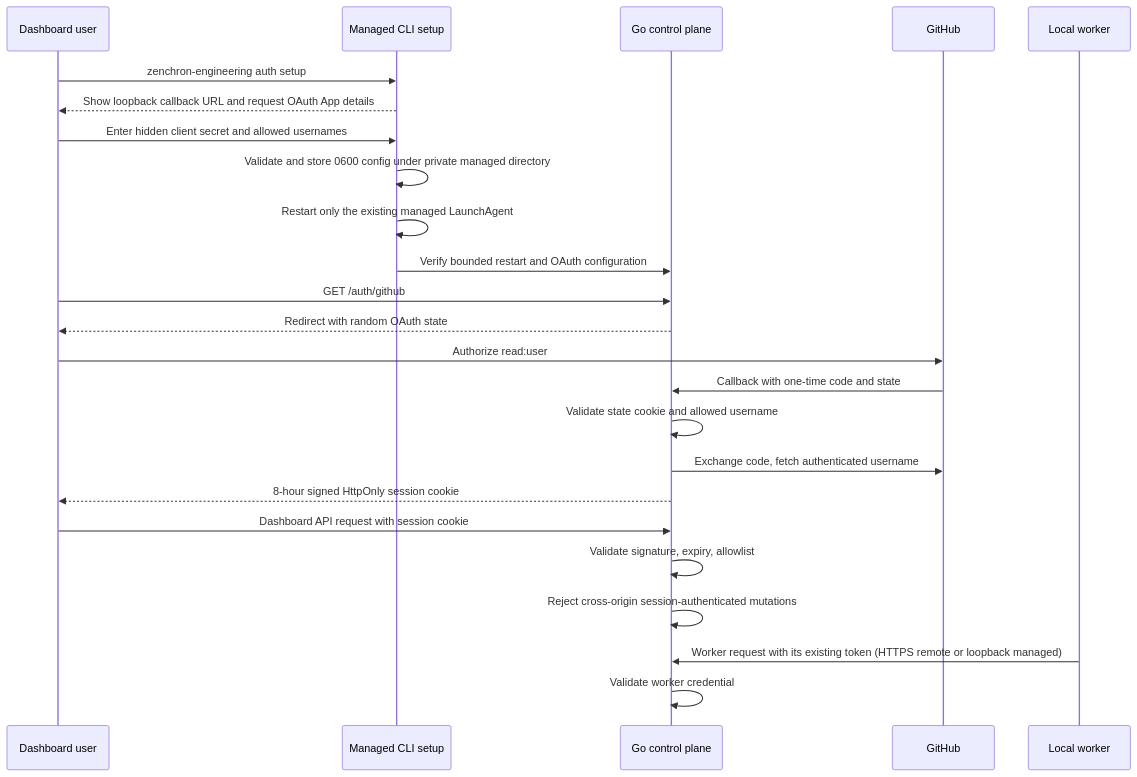
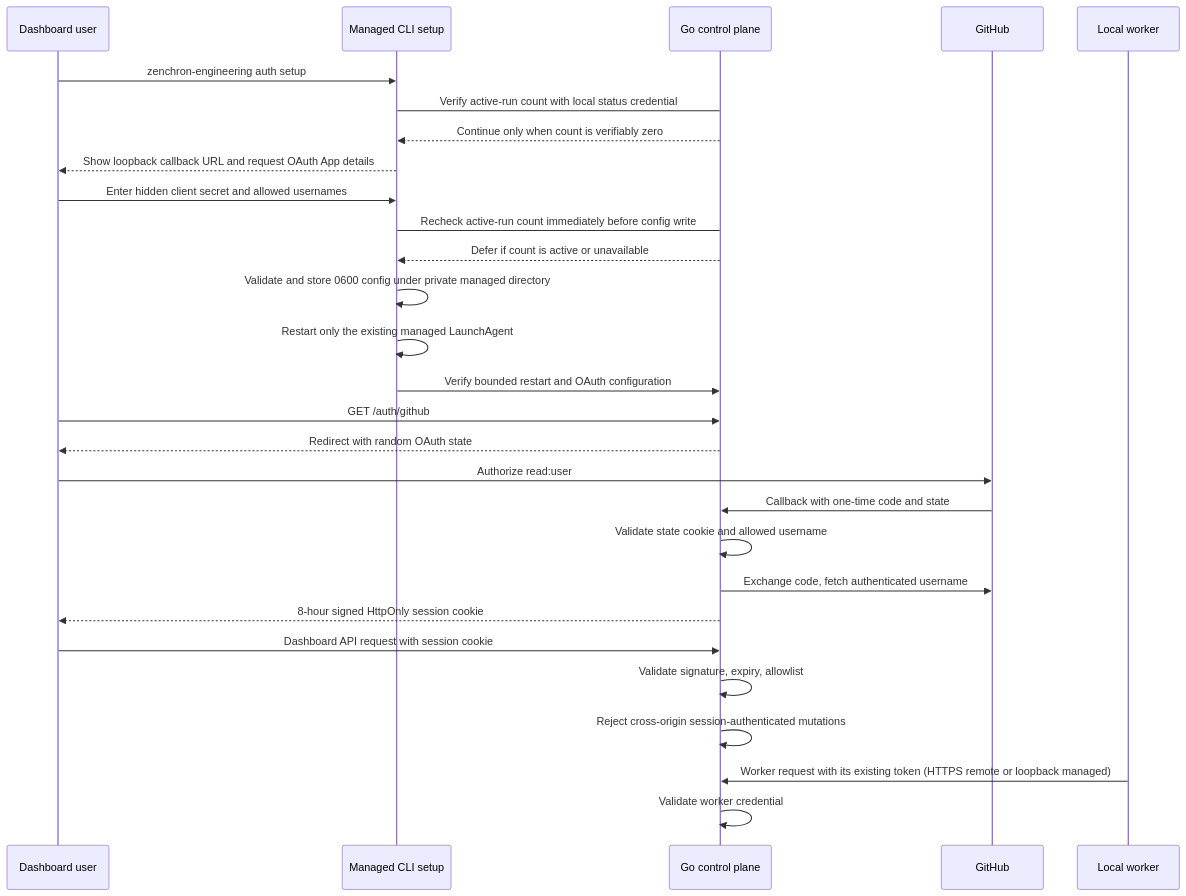
The diagram in docs/features/github-login-and-remote-worker-auth.md (bogdaniel/zenchron-engineering-os), drawn with Mermaid before and after one commit. The commit also changed other lines of this file and 2 other files, not shown here.

Commit message:
fix(auth): recheck active runs before saving OAuth config

````diff
--- a/docs/features/github-login-and-remote-worker-auth.md
+++ b/docs/features/github-login-and-remote-worker-auth.md
@@ -12,26 +12,30 @@
 ```mermaid
 sequenceDiagram
     participant User as Dashboard user
     participant CLI as Managed CLI setup
     participant API as Go control plane
     participant GitHub
     participant Worker as Local worker
     User->>CLI: zenchron-engineering auth setup
+    CLI->API: Verify active-run count with local status credential
+    API-->>CLI: Continue only when count is verifiably zero
     CLI-->>User: Show loopback callback URL and request OAuth App details
     User->>CLI: Enter hidden client secret and allowed usernames
+    CLI->API: Recheck active-run count immediately before config write
+    API-->>CLI: Defer if count is active or unavailable
     CLI->>CLI: Validate and store 0600 config under private managed directory
     CLI->>CLI: Restart only the existing managed LaunchAgent
     CLI->>API: Verify bounded restart and OAuth configuration
     User->>API: GET /auth/github
     API-->>User: Redirect with random OAuth state
     User->>GitHub: Authorize read:user
     GitHub->>API: Callback with one-time code and state
     API->>API: Validate state cookie and allowed username
     API->>GitHub: Exchange code, fetch authenticated username
     API-->>User: 8-hour signed HttpOnly session cookie
     User->>API: Dashboard API request with session cookie
     API->>API: Validate signature, expiry, allowlist
     API->>API: Reject cross-origin session-authenticated mutations
     Worker->>API: Worker request with its existing token (HTTPS remote or loopback managed)
     API->>API: Validate worker credential
 ```
````
